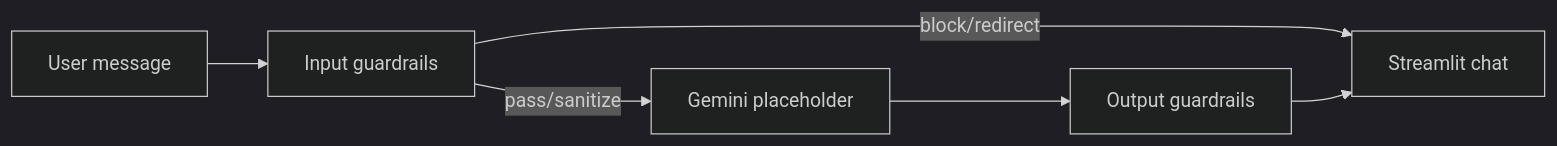
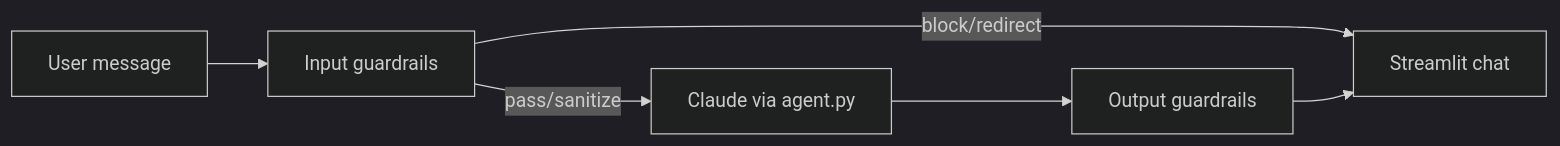
One commit to VikhyatKoppalgithub/AI-Powered-Marketing-Budget-Allocation-Agent changed the diagram in docs/agent_design.md. Above: the diagram before and after it, drawn with Mermaid (dark theme). The commit also changed 18 other files, not shown here.

````diff
--- a/docs/agent_design.md
+++ b/docs/agent_design.md
@@ -13,13 +13,13 @@
 ```mermaid
 flowchart LR
   input[User message]
   inRules[Input guardrails]
-  llm[Gemini placeholder]
+  llm[Claude via agent.py]
   outRules[Output guardrails]
   ui[Streamlit chat]
 
   input --> inRules
   inRules -->|block/redirect| ui
   inRules -->|pass/sanitize| llm
   llm --> outRules --> ui
 ```
````
